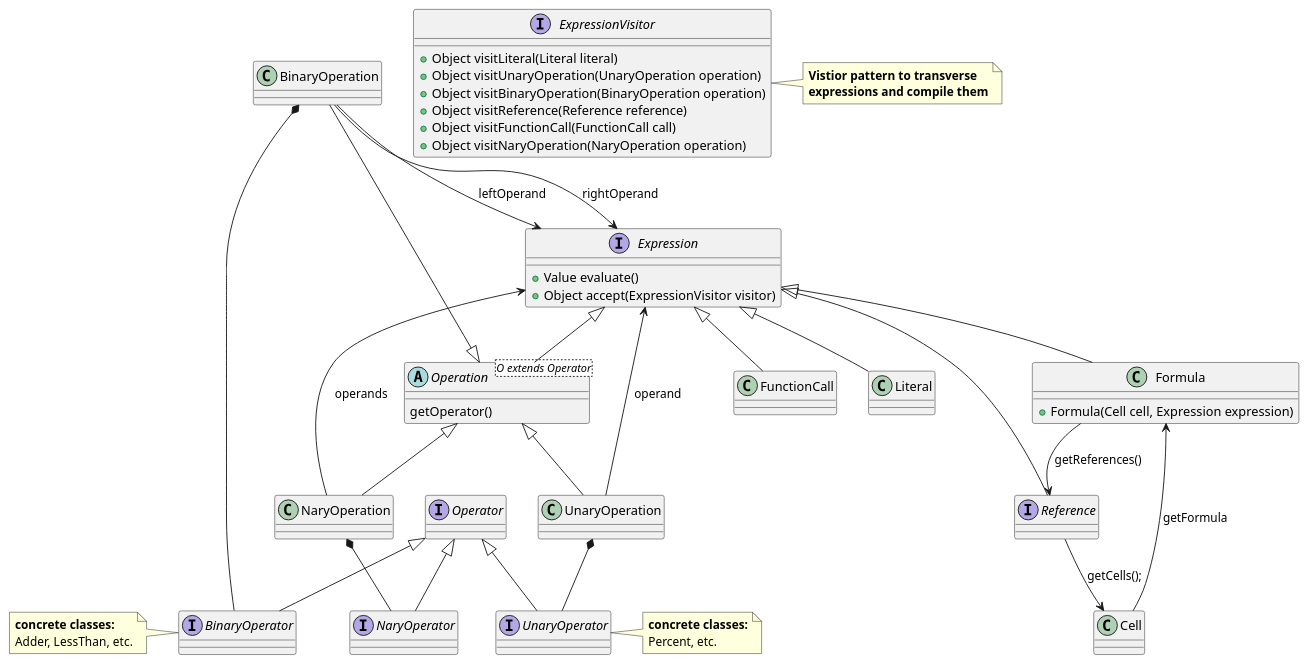
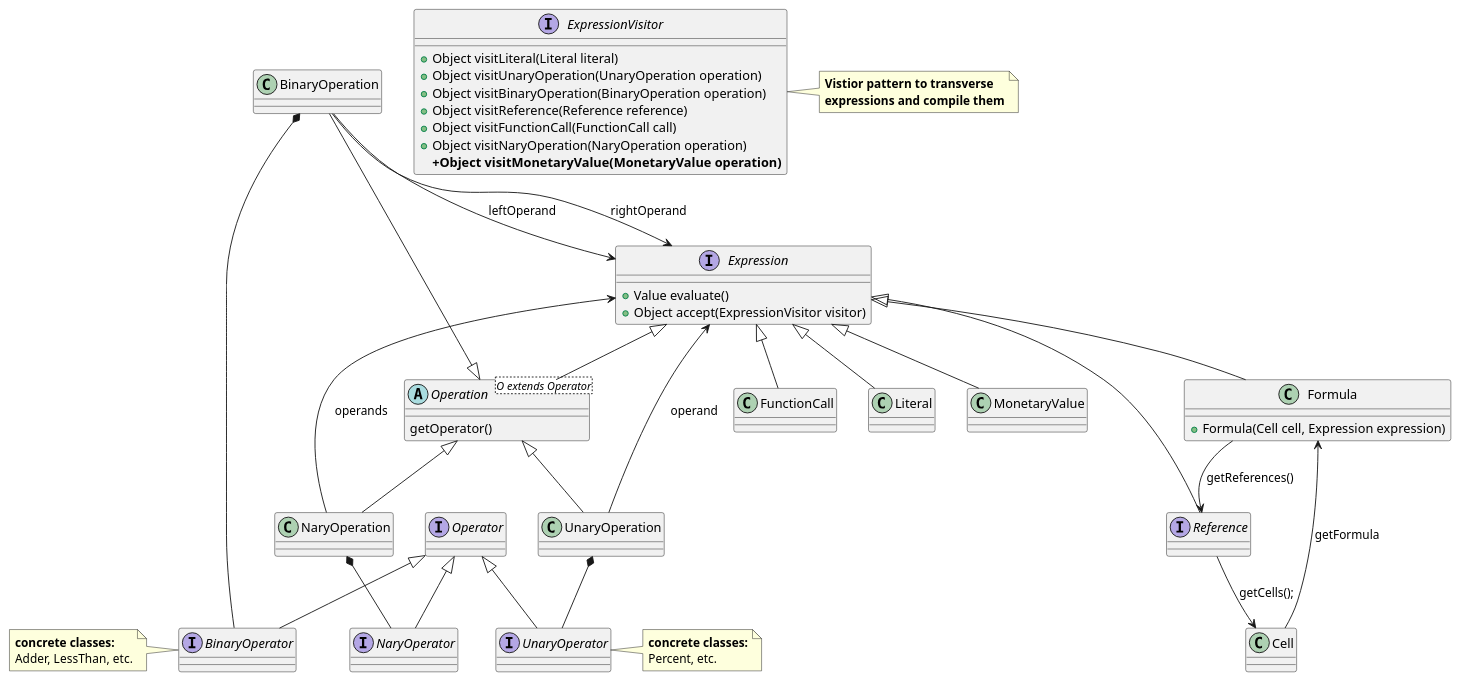
One commit to MikeTekOn/lapr4-2017-2dd changed the diagram in src/main/java/lapr4/red/s2/lang/n1150690/formula/domain_model.puml. Above: the diagram before and after it, drawn with PlantUML. The commit also changed 9 other files, not shown here.

```diff
--- a/src/main/java/lapr4/red/s2/lang/n1150690/formula/domain_model.puml
+++ b/src/main/java/lapr4/red/s2/lang/n1150690/formula/domain_model.puml
@@ -1,63 +1,65 @@
 @startuml formulas_domain_model.png
 
 'http://plantuml.com/skinparam.html'
 
 
 class Formula {
 	+Formula(Cell cell, Expression expression) 
 }
 interface Expression {
 	+Value evaluate()
 	+Object accept(ExpressionVisitor visitor)
 }
 interface Reference
 interface Operator
 interface UnaryOperator
 note right : <b>concrete classes:\nPercent, etc.
 interface BinaryOperator
 note left : <b>concrete classes:\nAdder, LessThan, etc.
 interface NaryOperator 
 
 abstract class Operation <O extends Operator> {
     getOperator() 
 }
 class UnaryOperation
 class BinaryOperation
 class NaryOperation
 class FunctionCall
 class Literal
 interface ExpressionVisitor {
 	+Object visitLiteral(Literal literal)
 	+Object visitUnaryOperation(UnaryOperation operation)
 	+Object visitBinaryOperation(BinaryOperation operation)
 	+Object visitReference(Reference reference)
 	+Object visitFunctionCall(FunctionCall call)
 	+Object visitNaryOperation(NaryOperation operation)
+        <b>+Object visitMonetaryValue(MonetaryValue operation)</b>
 }
 note right : <b>Vistior pattern to transverse\n<b>expressions and compile them
 Expression <|-- Formula
 Expression <|-- Reference
 Expression <|-- Operation
 Expression <|-- FunctionCall
+Expression <|-- MonetaryValue
 Expression <|-- Literal
 Operation <|-- UnaryOperation
 Operation <|-- BinaryOperation
 Operation <|-- NaryOperation
 Formula --> Reference : getReferences()
 Reference --> Cell : getCells();
 Cell --> Formula : getFormula
 UnaryOperation --> Expression : operand
 BinaryOperation --> Expression : leftOperand
 BinaryOperation --> Expression : rightOperand
 NaryOperation --> Expression : operands
 
 Operator <|-- UnaryOperator
 Operator <|-- BinaryOperator
 Operator <|-- NaryOperator
 
 UnaryOperation *-- UnaryOperator
 BinaryOperation *-- BinaryOperator
 NaryOperation *-- NaryOperator
 
 
 @enduml
```
